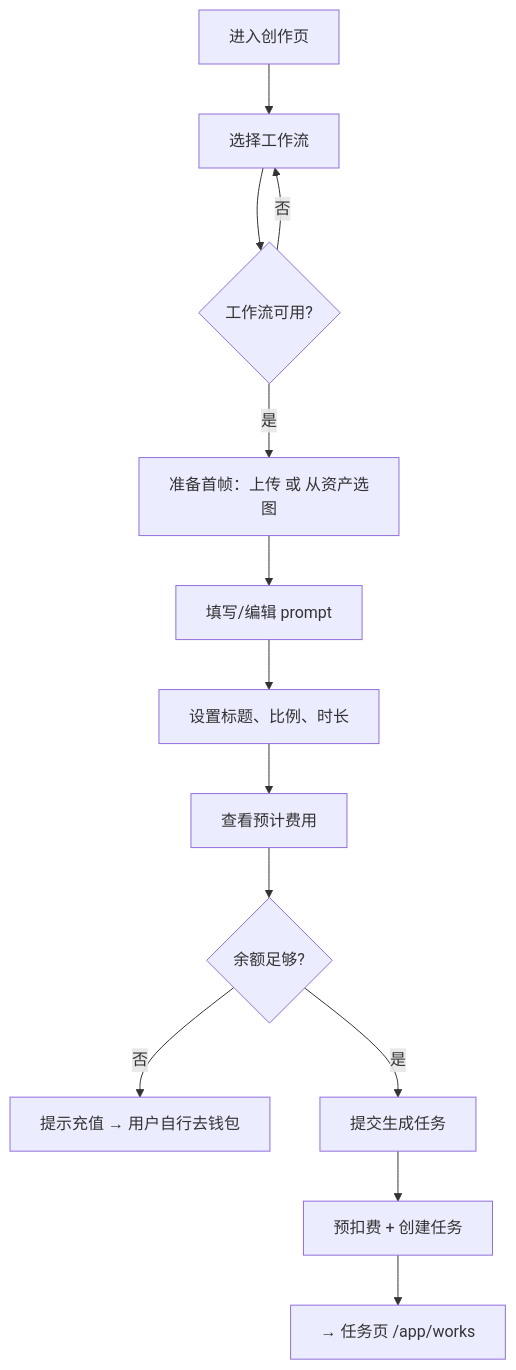
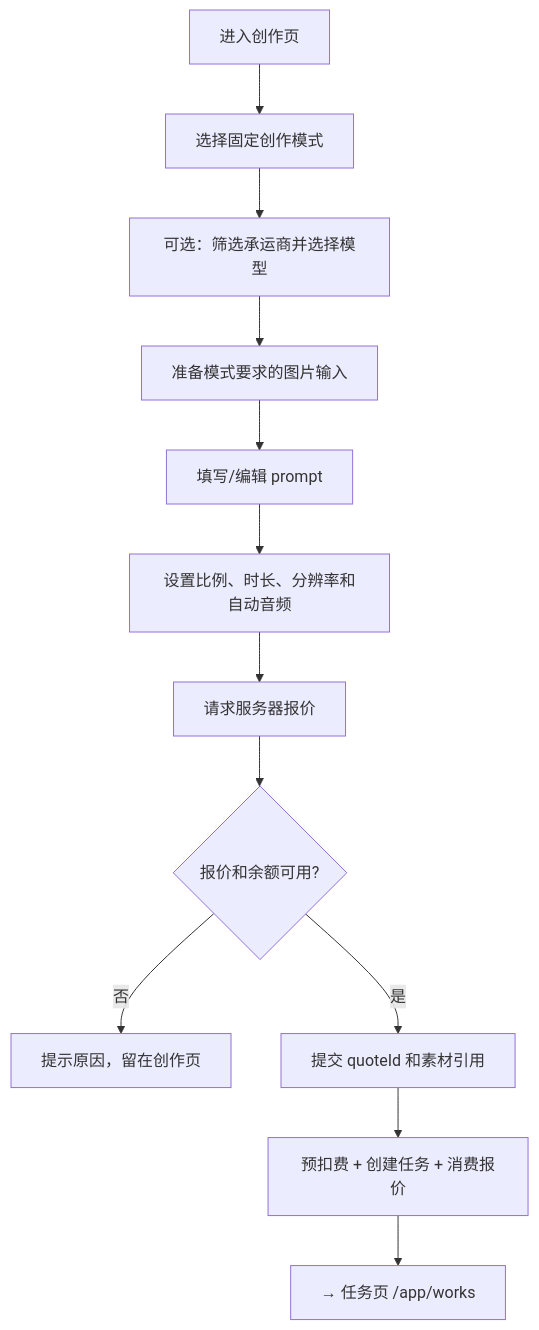
The third of 10 diagrams in docs/flows/客户端页面流程.md (fjl-gj/sub2video), drawn with Mermaid before and after one commit. The commit also changed other lines of this file and 52 other files, not shown here.

````diff
--- a/docs/flows/客户端页面流程.md
+++ b/docs/flows/客户端页面流程.md
@@ -109,15 +109,14 @@
 ```mermaid
 flowchart TD
-  A[进入创作页] --> B[选择工作流]
-  B --> C{工作流可用?}
-  C -->|否| B
-  C -->|是| D[准备首帧：上传 或 从资产选图]
+  A[进入创作页] --> B[选择固定创作模式]
+  B --> C[可选：筛选承运商并选择模型]
+  C --> D[准备模式要求的图片输入]
   D --> E[填写/编辑 prompt]
-  E --> F[设置标题、比例、时长]
-  F --> G[查看预计费用]
-  G --> H{余额足够?}
-  H -->|否| I[提示充值 → 用户自行去钱包]
-  H -->|是| J[提交生成任务]
-  J --> K[预扣费 + 创建任务]
+  E --> F[设置比例、时长、分辨率和自动音频]
+  F --> G[请求服务器报价]
+  G --> H{报价和余额可用?}
+  H -->|否| I[提示原因，留在创作页]
+  H -->|是| J[提交 quoteId 和素材引用]
+  J --> K[预扣费 + 创建任务 + 消费报价]
   K --> L[→ 任务页 /app/works]
 ```
````
